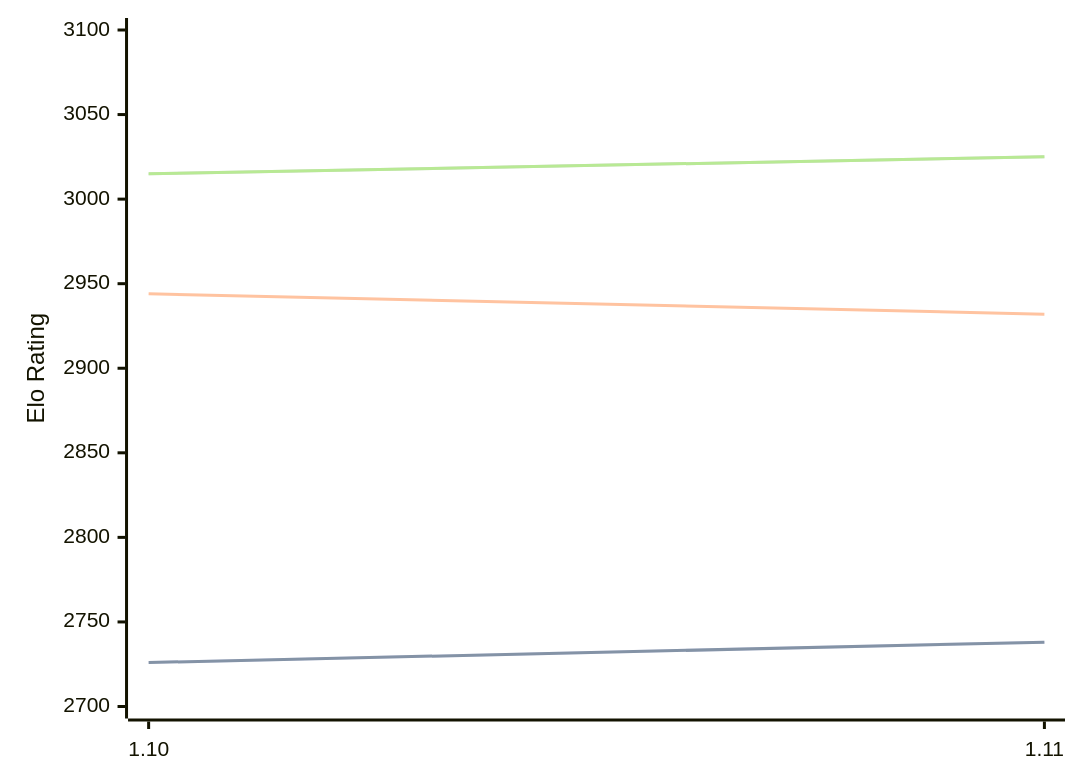
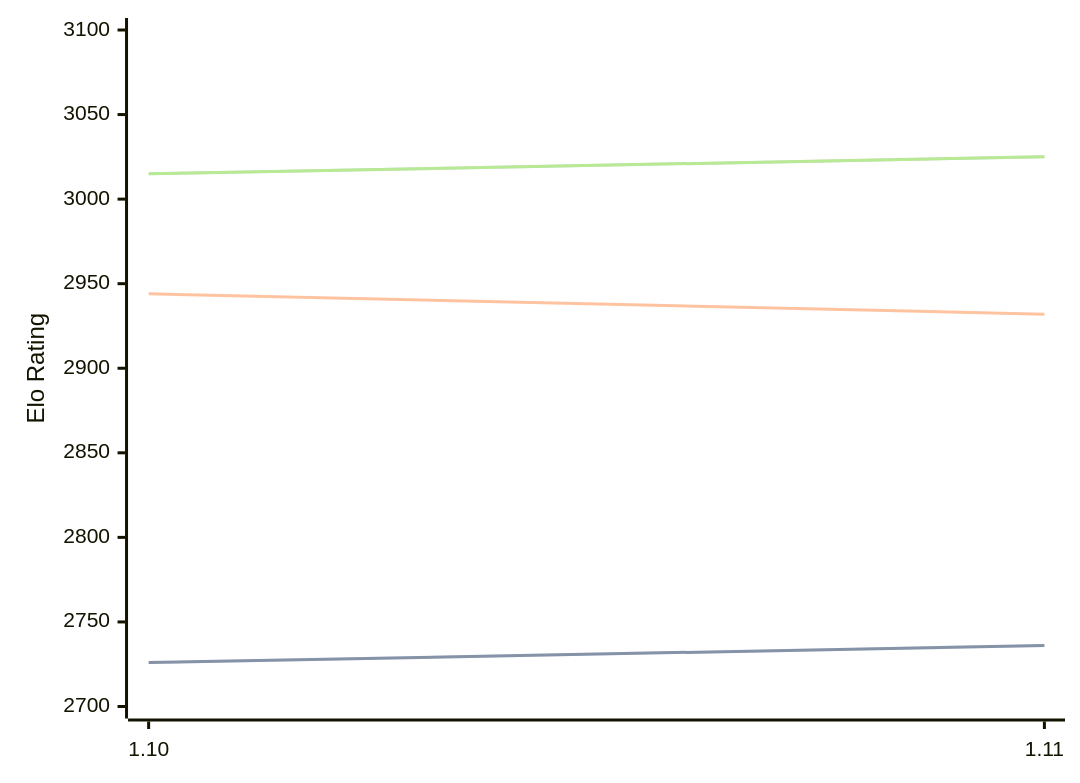
One commit to computer-chess-index/cci changed the diagram in engines/Roc.md. Above: the diagram before and after it, drawn with Mermaid. The commit also changed other lines of this file, not shown here.

````diff
--- a/engines/Roc.md
+++ b/engines/Roc.md
@@ -65,11 +65,11 @@
 ```mermaid
 %%{init: {"theme":"base","themeVariables":{"seriesColors:['#a3a3a3','#222221','#faa371']}}}%%
 xychart-beta
   x-axis ["1.10", "1.11"]
   y-axis "Elo Rating" 2700 --> 3100
-  line "STC (8.0+0.08s)" [2726, 2738]
-  line "STC (8.0+0.08s)" [2726, 2738]
+  line "STC (8.0+0.08s)" [2726, 2736]
+  line "STC (8.0+0.08s)" [2726, 2736]
   line "LTC (60.0+0.60s)" [2944, 2932]
   line "VLTC (2m24s+1.12s)" [3015, 3025]
   line "VLTC (2m24s+1.12s)" [3015, 3025]
 ```
````
